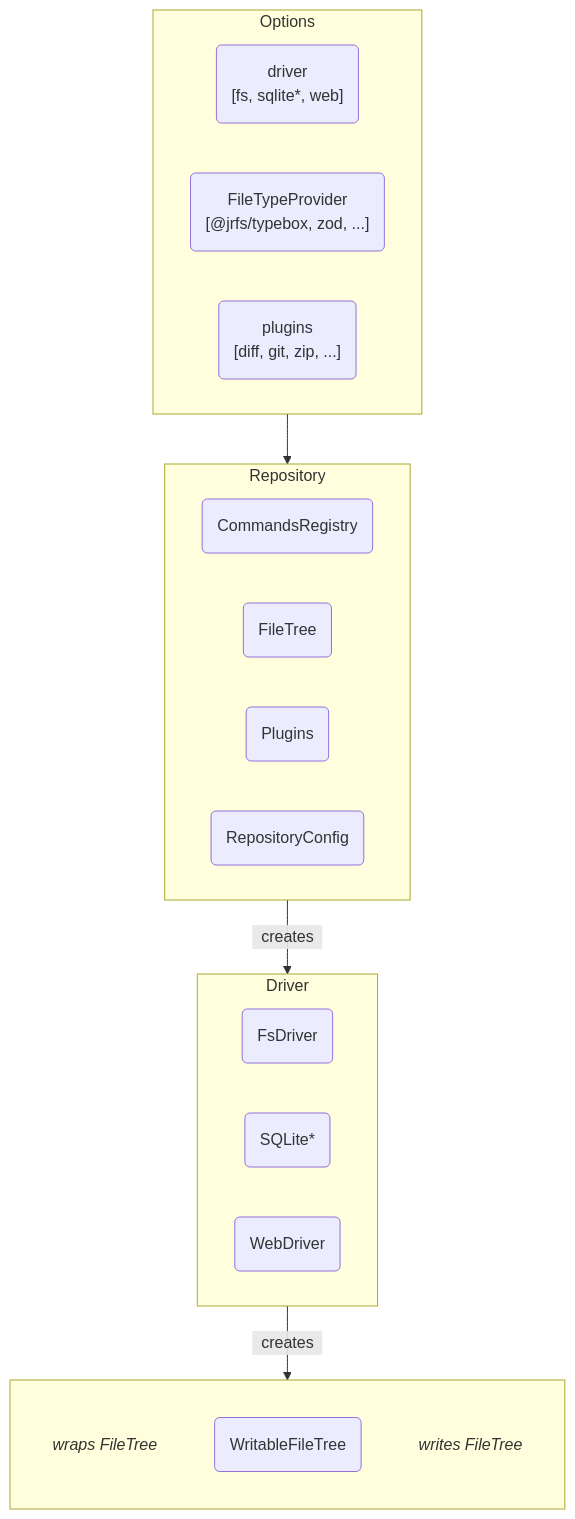
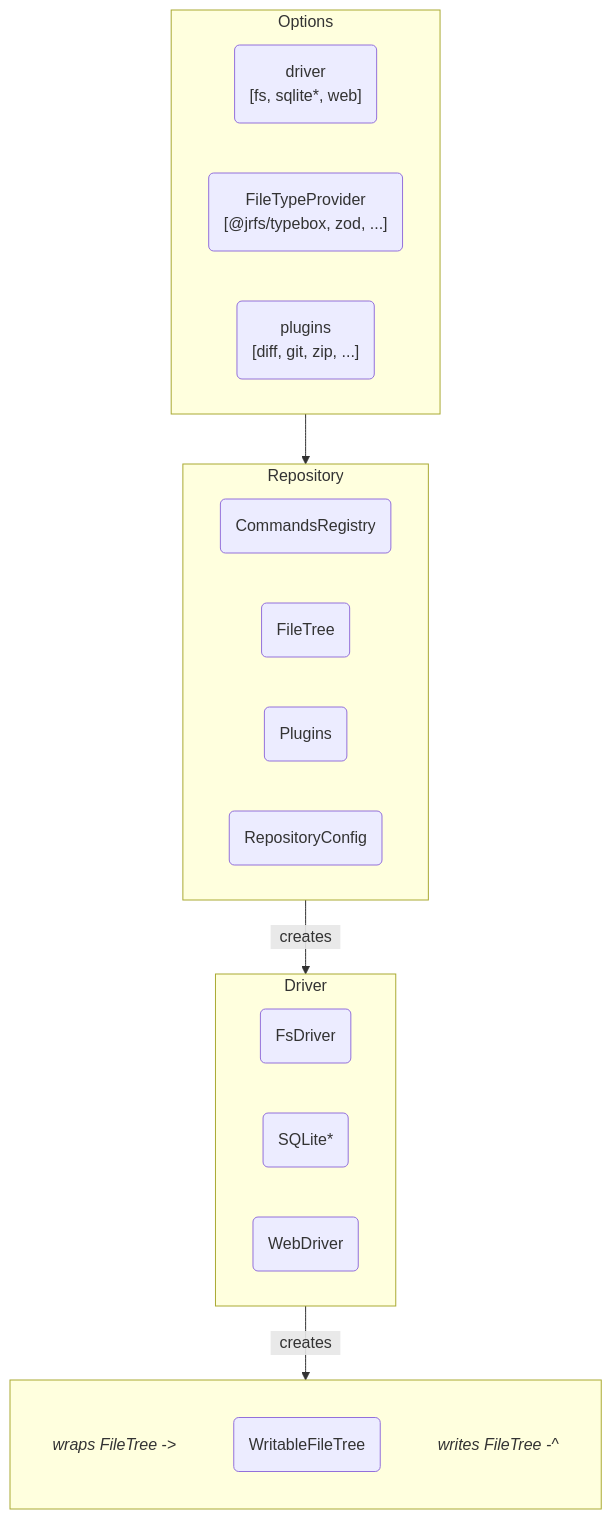
Before and after one commit to jrfso/jrfs: the diagram in README.md, drawn with Mermaid.

````diff
--- a/README.md
+++ b/README.md
@@ -346,31 +346,31 @@
 ```mermaid
 flowchart TD;
   subgraph Opt ["Options"]
     RO1("driver
         [fs, sqlite*, web]");
     RO2("FileTypeProvider
         [@jrfs/typebox, zod, ...]");
     RO3("plugins
         [diff, git, zip, ...]");
   end
   subgraph Repo ["Repository"]
     CmdReg("CommandsRegistry");
     FT("FileTree");
     PI("Plugins");
     RCfg("RepositoryConfig");
   end
   subgraph DR ["Driver"]
     FSD("FsDriver");
     SQL("SQLite*");
     WBD("WebDriver");
   end
   subgraph DRC [" "]
     direction TB;
-    DRC1@{ shape: text, label: "*wraps FileTree*" }
+    DRC1@{ shape: text, label: "*wraps FileTree* ->" }
     WFT("WritableFileTree");
-    DRC2@{ shape: text, label: "*writes FileTree*" }
+    DRC2@{ shape: text, label: "*writes FileTree -^*" }
   end
   Opt --> Repo;
   Repo --> |"&nbsp; creates &nbsp;"| DR;
   DR --> |"&nbsp; creates &nbsp;"| DRC;
 ```
````
